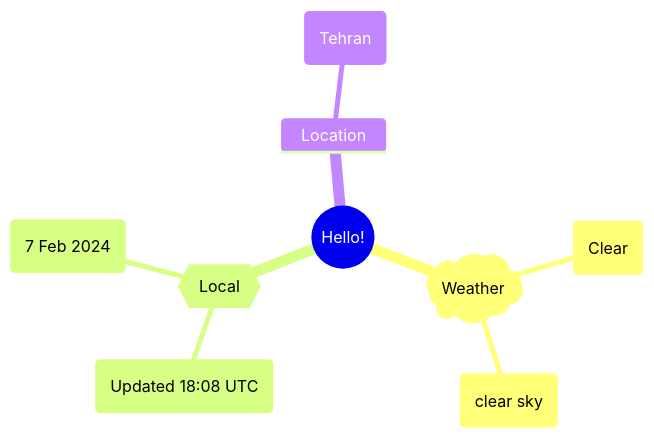
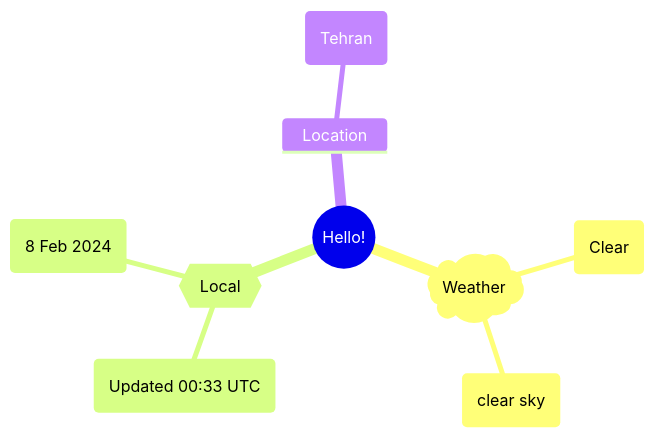
One commit to Xosrov/Xosrov changed the first of 2 diagrams in README.md. Above: the diagram before and after it, drawn with Mermaid.

Commit message:
[bot] updated images

````diff
--- a/README.md
+++ b/README.md
@@ -3,12 +3,12 @@
 ```mermaid
 mindmap
   root((Hello!))
     )Weather(
         (Clear)
         (clear sky)
     {{Local}}
-        (Updated 18:08 UTC)
-        (7 Feb 2024)
+        (Updated 00:33 UTC)
+        (8 Feb 2024)
     Location
         (Tehran)
 ```
````
